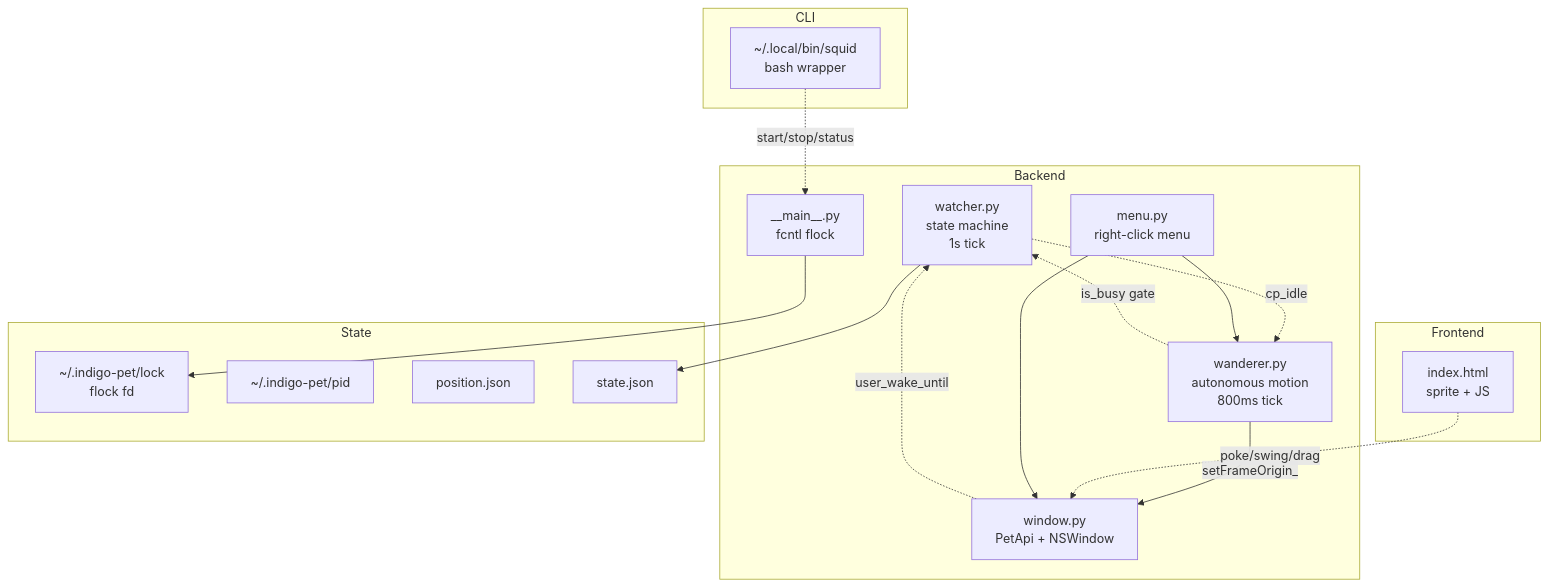
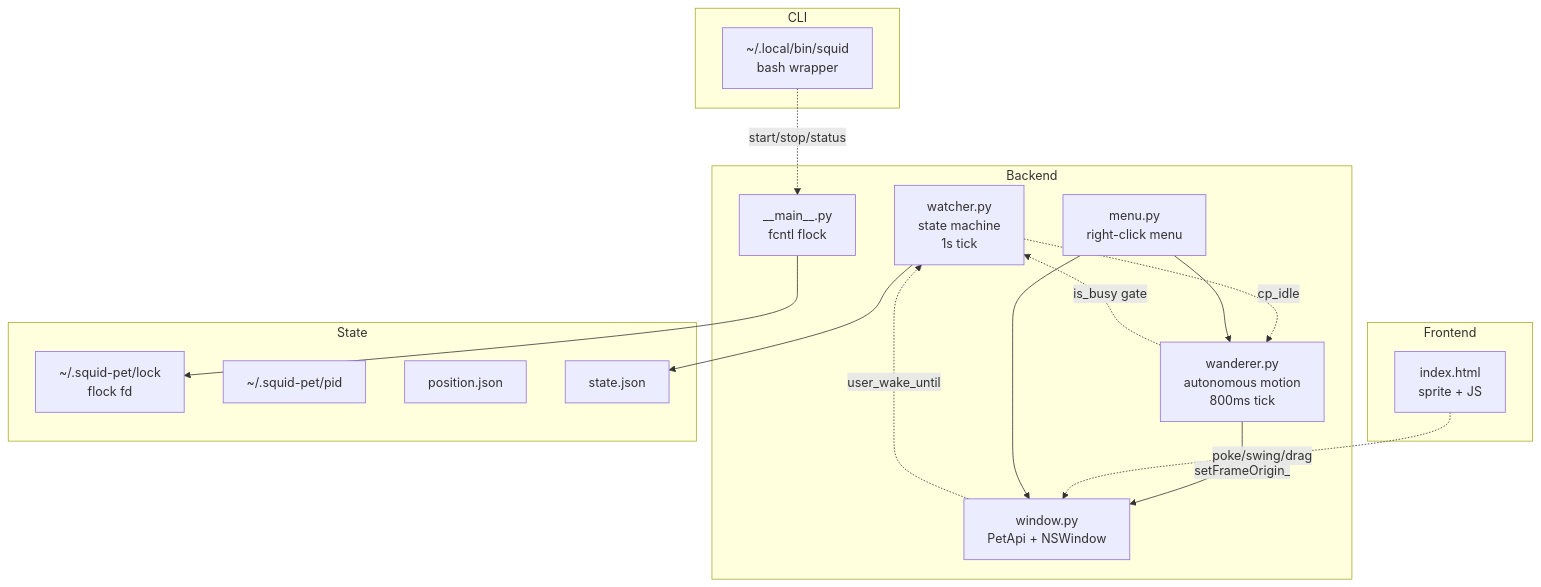
Before and after one commit to sirshecomesthisway/squid-pet: the diagram in openspec/changes/archive/2026-06-12-interactivity-deltas-2026-06-08/design.md, drawn with Mermaid. The commit also changed other lines of this file and 62 other files, not shown here.

First line of the commit message:
rename: indigo-pet -> squid-pet (project name matches pet character)

````diff
--- a/openspec/changes/archive/2026-06-12-interactivity-deltas-2026-06-08/design.md
+++ b/openspec/changes/archive/2026-06-12-interactivity-deltas-2026-06-08/design.md
@@ -5,36 +5,36 @@
 ```mermaid
 graph TD
     subgraph Backend
         Watcher[watcher.py<br/>state machine<br/>1s tick]
         Wanderer[wanderer.py<br/>autonomous motion<br/>800ms tick]
         WindowMod[window.py<br/>PetApi + NSWindow]
         Singleton[__main__.py<br/>fcntl flock]
         Menu[menu.py<br/>right-click menu]
     end
 
     subgraph Frontend
         HTML[index.html<br/>sprite + JS]
     end
 
     subgraph CLI
         Squid[~/.local/bin/squid<br/>bash wrapper]
     end
 
     subgraph State
-        Lock[~/.indigo-pet/lock<br/>flock fd]
-        Pid[~/.indigo-pet/pid]
+        Lock[~/.squid-pet/lock<br/>flock fd]
+        Pid[~/.squid-pet/pid]
         Pos[position.json]
         StJ[state.json]
     end
 
     Singleton --> Lock
     Squid -.start/stop/status.-> Singleton
     Watcher --> StJ
     Watcher -.cp_idle.-> Wanderer
     Wanderer -.is_busy gate.-> Watcher
     Wanderer -->|setFrameOrigin_| WindowMod
     HTML -.poke/swing/drag.-> WindowMod
     WindowMod -.user_wake_until.-> Watcher
     Menu --> Wanderer
     Menu --> WindowMod
 ```
````
